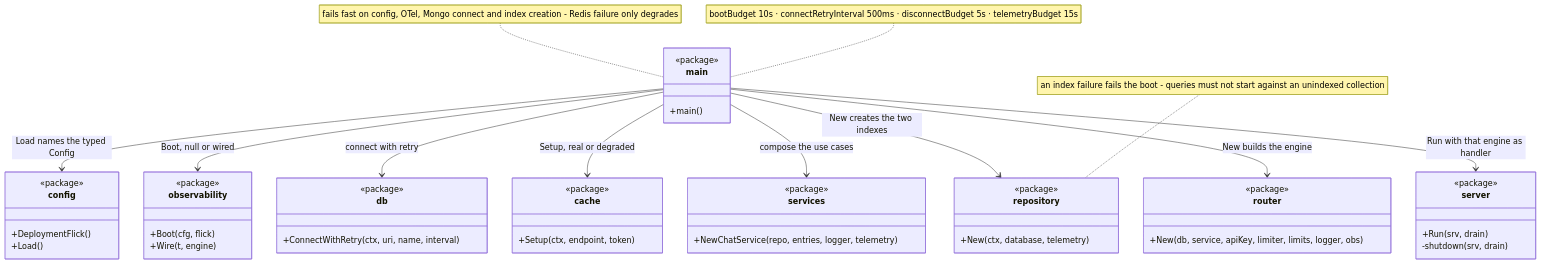
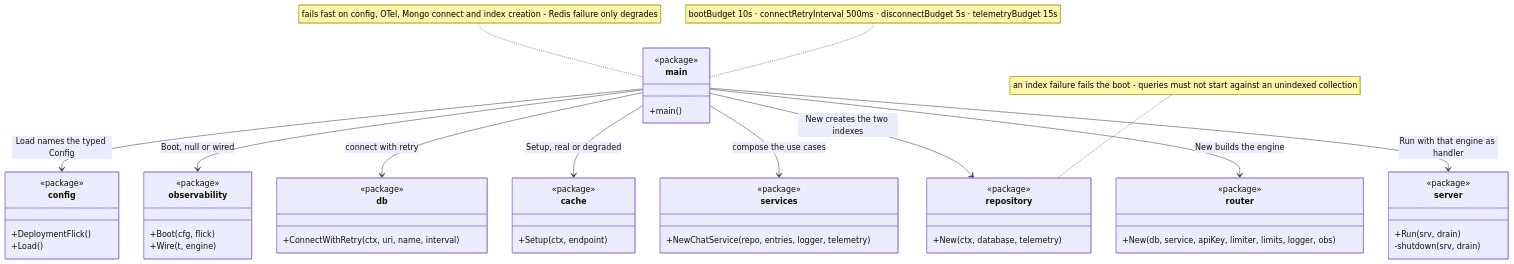
The third of 6 diagrams in services/chats/docs/concepts/architecture.md (kunalPisolkar24/detectAI), drawn with Mermaid before and after one commit. The commit also changed 48 other files, not shown here.

````diff
--- a/services/chats/docs/concepts/architecture.md
+++ b/services/chats/docs/concepts/architecture.md
@@ -145,53 +145,53 @@
 ```mermaid
 classDiagram
     class main {
         <<package>>
         +main()
     }
     class config {
         <<package>>
         +DeploymentFlick()
         +Load()
     }
     class observability {
         <<package>>
         +Boot(cfg, flick)
         +Wire(t, engine)
     }
     class db {
         <<package>>
         +ConnectWithRetry(ctx, uri, name, interval)
     }
     class repository {
         <<package>>
         +New(ctx, database, telemetry)
     }
     class cache {
         <<package>>
-        +Setup(ctx, endpoint, token)
+        +Setup(ctx, endpoint)
     }
     class services {
         <<package>>
         +NewChatService(repo, entries, logger, telemetry)
     }
     class router {
         <<package>>
         +New(db, service, apiKey, limiter, limits, logger, obs)
     }
     class server {
         <<package>>
         +Run(srv, drain)
         -shutdown(srv, drain)
     }
     main --> config : Load names the typed Config
     main --> observability : Boot, null or wired
     main --> db : connect with retry
     main --> repository : New creates the two indexes
     main --> cache : Setup, real or degraded
     main --> services : compose the use cases
     main --> router : New builds the engine
     main --> server : Run with that engine as handler
     note for main "bootBudget 10s · connectRetryInterval 500ms · disconnectBudget 5s · telemetryBudget 15s"
     note for main "fails fast on config, OTel, Mongo connect and index creation - Redis failure only degrades"
     note for repository "an index failure fails the boot - queries must not start against an unindexed collection"
 ```
````
